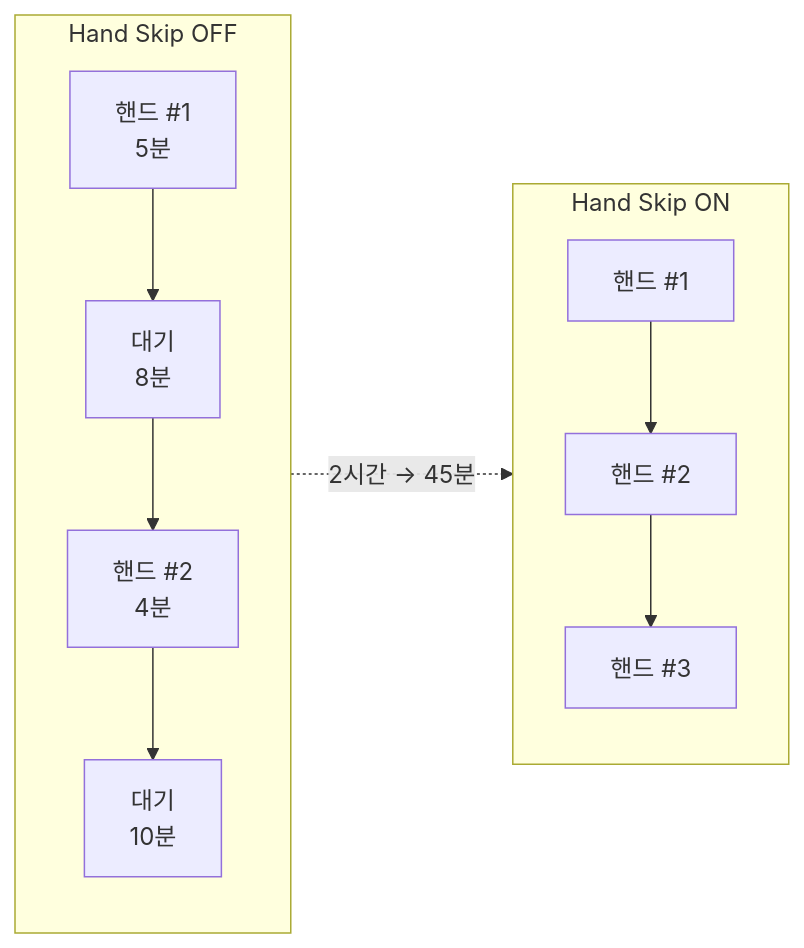
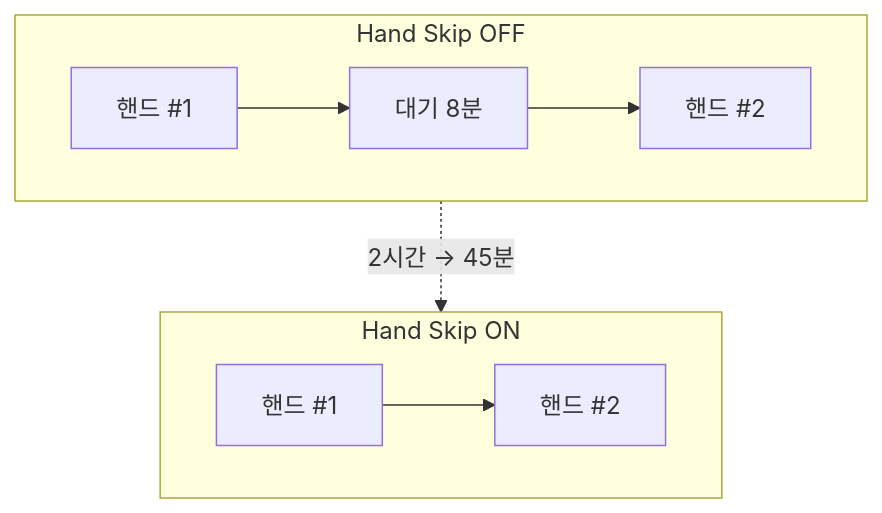
The fifth of 7 diagrams in tasks/prds/0010-prd-wsoptv/03-content-strategy.md (garimto81/wsoptv_v2), drawn with Mermaid before and after one commit. The commit also changed other lines of this file, not shown here.

````diff
--- a/tasks/prds/0010-prd-wsoptv/03-content-strategy.md
+++ b/tasks/prds/0010-prd-wsoptv/03-content-strategy.md
@@ -246,13 +296,13 @@
 ```mermaid
-flowchart LR
-    subgraph BEFORE["Hand Skip OFF"]
-        A1["핸드 #1<br/>5분"] --> W1["대기<br/>8분"]
-        W1 --> A2["핸드 #2<br/>4분"] --> W2["대기<br/>10분"]
+flowchart TB
+    subgraph OFF["Hand Skip OFF"]
+        A["핸드 #1"] --> W["대기 8분"]
+        W --> B["핸드 #2"]
     end
 
-    subgraph AFTER["Hand Skip ON"]
-        B1["핸드 #1"] --> B2["핸드 #2"] --> B3["핸드 #3"]
+    subgraph ON["Hand Skip ON"]
+        C["핸드 #1"] --> D["핸드 #2"]
     end
 
-    BEFORE -.->|"2시간 → 45분"| AFTER
+    OFF -.->|"2시간 → 45분"| ON
 ```
````
